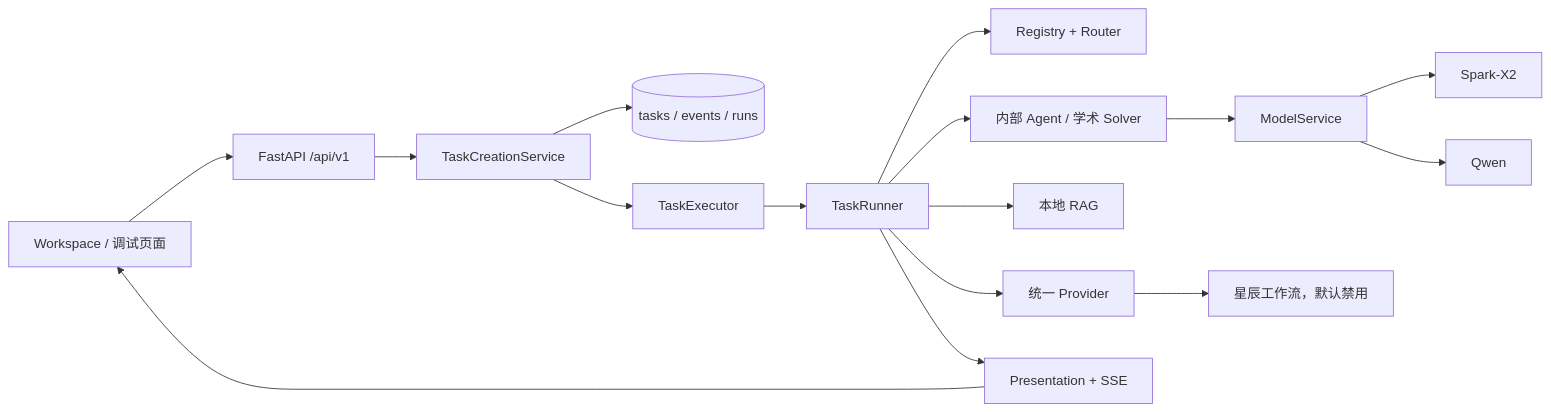
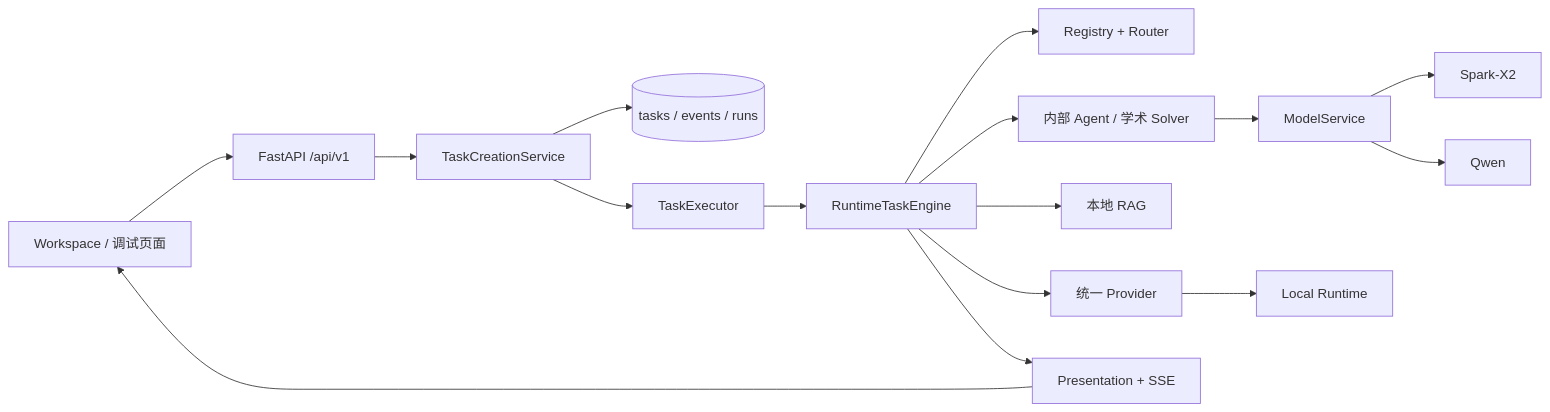
Before and after one commit to liaozhiyang-0/xinzhi-daoxue: the first of 3 diagrams in docs/developer_code_navigation.md, drawn with Mermaid. The commit also changed other lines of this file and 296 other files, not shown here.

````diff
--- a/docs/developer_code_navigation.md
+++ b/docs/developer_code_navigation.md
@@ -50,18 +50,18 @@
 ```mermaid
 flowchart LR
     UI["Workspace / 调试页面"] --> API["FastAPI /api/v1"]
     API --> CREATE["TaskCreationService"]
     CREATE --> DB[("tasks / events / runs")]
     CREATE --> EXEC["TaskExecutor"]
-    EXEC --> RUNNER["TaskRunner"]
+    EXEC --> RUNNER["RuntimeTaskEngine"]
     RUNNER --> ROUTE["Registry + Router"]
     RUNNER --> LOCAL["内部 Agent / 学术 Solver"]
     RUNNER --> RAG["本地 RAG"]
     RUNNER --> PROVIDER["统一 Provider"]
     LOCAL --> MODEL["ModelService"]
     MODEL --> SPARK["Spark-X2"]
     MODEL --> QWEN["Qwen"]
-    PROVIDER --> XC["星辰工作流，默认禁用"]
+    PROVIDER --> LOCAL_RUNTIME["Local Runtime"]
     RUNNER --> VIEW["Presentation + SSE"]
     VIEW --> UI
 ```
````
